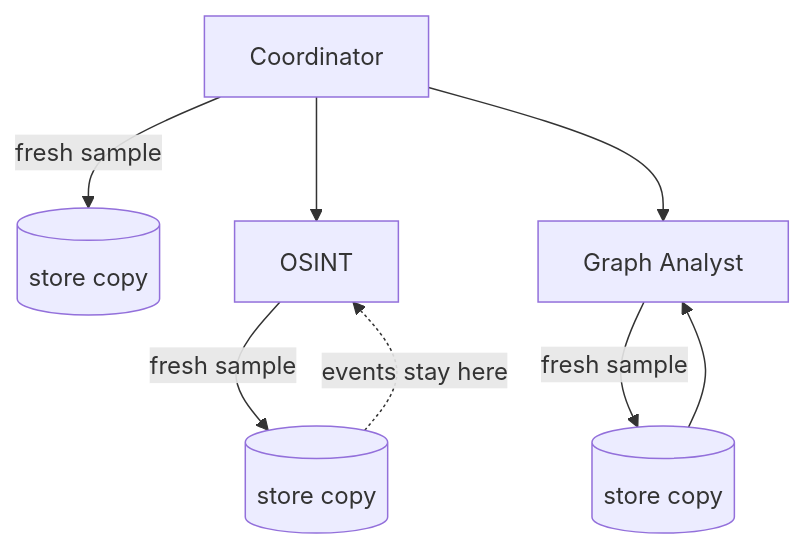
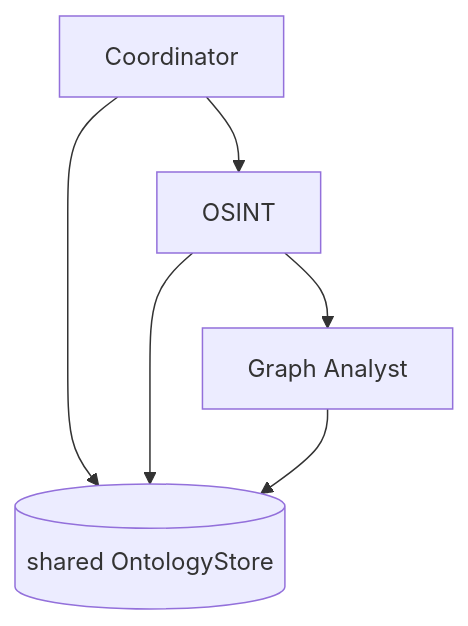
Before and after one commit to fanqingsong/palantir-ontology-agents: the eighth of 9 diagrams in README.md, drawn with Mermaid. The commit also changed other lines of this file and 40 other files, not shown here.

````diff
--- a/README.md
+++ b/README.md
@@ -212,10 +215,8 @@
 ```mermaid
 flowchart TB
-  C[Coordinator] -->|fresh sample| S1[(store copy)]
+  C[Coordinator] --> S[(shared OntologyStore)]
   C --> O[OSINT]
-  C --> G[Graph Analyst]
-  O -->|fresh sample| S2[(store copy)]
-  G -->|fresh sample| S3[(store copy)]
-  S2 -.->|events stay here| O
-  S3 --> G
+  O --> S
+  O --> G[Graph Analyst]
+  G --> S
 ```
````
